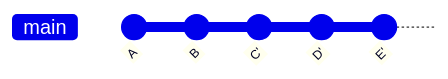
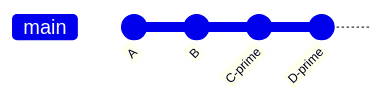
The fourth of 4 diagrams in docs/tutorials/general/gitgood2.md (PurdueSIGGD/SIGGD-Docs), drawn with Mermaid before and after one commit. The commit also changed other lines of this file and 4 other files, not shown here.

````diff
--- a/docs/tutorials/general/gitgood2.md
+++ b/docs/tutorials/general/gitgood2.md
@@ -271,8 +354,7 @@
-```mermaid
-gitGraph
-   commit id: "A"
-   commit id: "B"
-   commit id: "C'"
-   commit id: "D'"
-   commit id: "E'"
-```
+    ```mermaid
+    gitGraph
+       commit id: "A"
+       commit id: "B"
+       commit id: "C-prime"
+       commit id: "D-prime"
+    ```
````
